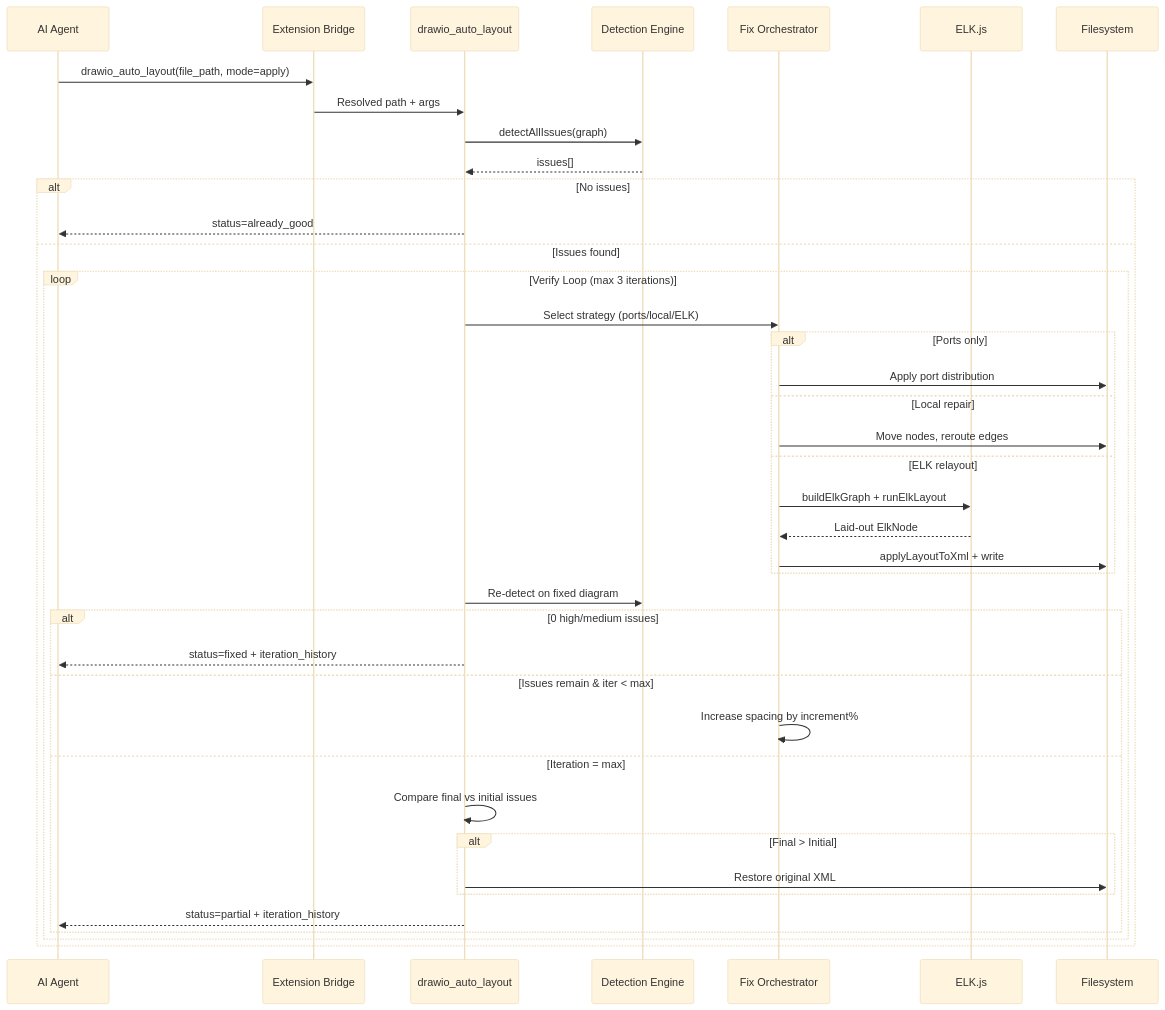
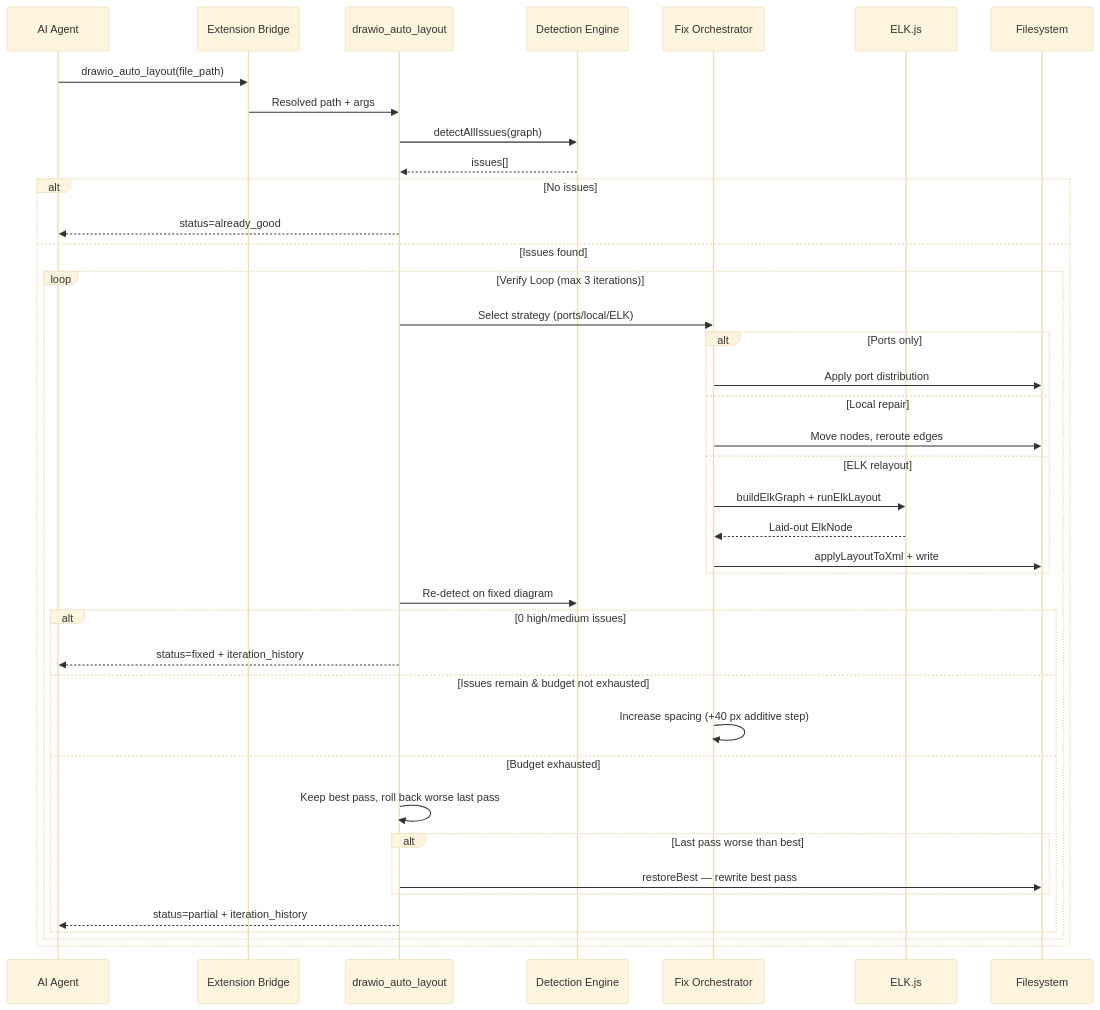
Before and after one commit to dnguyenminh/SDLC-Agents-4-Enteprise: the second of 5 diagrams in documents/SA4E-406/FSD.md, drawn with Mermaid (base theme). The commit also changed other lines of this file and 48 other files, not shown here.

````diff
--- a/documents/SA4E-406/FSD.md
+++ b/documents/SA4E-406/FSD.md
@@ -1372,43 +1383,43 @@
 ```mermaid
 sequenceDiagram
     participant Agent as AI Agent
     participant Bridge as Extension Bridge
     participant Tool as drawio_auto_layout
     participant Detector as Detection Engine
     participant Fixer as Fix Orchestrator
     participant ELK as ELK.js
     participant FS as Filesystem
 
-    Agent->>Bridge: drawio_auto_layout(file_path, mode=apply)
+    Agent->>Bridge: drawio_auto_layout(file_path)
     Bridge->>Tool: Resolved path + args
     Tool->>Detector: detectAllIssues(graph)
     Detector-->>Tool: issues[]
     alt No issues
         Tool-->>Agent: status=already_good
     else Issues found
         loop Verify Loop (max 3 iterations)
             Tool->>Fixer: Select strategy (ports/local/ELK)
             alt Ports only
                 Fixer->>FS: Apply port distribution
             else Local repair
                 Fixer->>FS: Move nodes, reroute edges
             else ELK relayout
                 Fixer->>ELK: buildElkGraph + runElkLayout
                 ELK-->>Fixer: Laid-out ElkNode
                 Fixer->>FS: applyLayoutToXml + write
             end
             Tool->>Detector: Re-detect on fixed diagram
             alt 0 high/medium issues
                 Tool-->>Agent: status=fixed + iteration_history
-            else Issues remain & iter < max
-                Fixer->>Fixer: Increase spacing by increment%
-            else Iteration = max
-                Tool->>Tool: Compare final vs initial issues
-                alt Final > Initial
-                    Tool->>FS: Restore original XML
+            else Issues remain & budget not exhausted
+                Fixer->>Fixer: Increase spacing (+40 px additive step)
+            else Budget exhausted
+                Tool->>Tool: Keep best pass, roll back worse last pass
+                alt Last pass worse than best
+                    Tool->>FS: restoreBest — rewrite best pass
                 end
                 Tool-->>Agent: status=partial + iteration_history
             end
         end
     end
 ```
````
